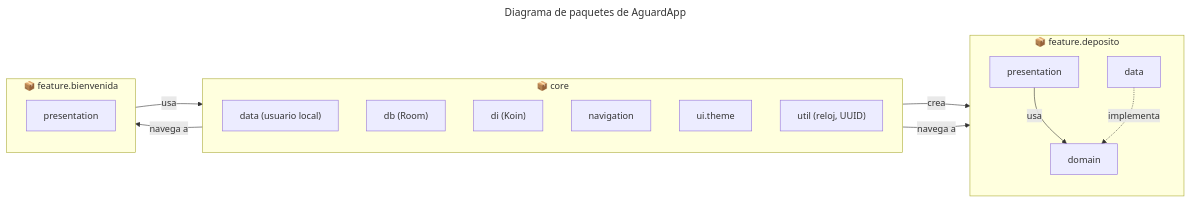
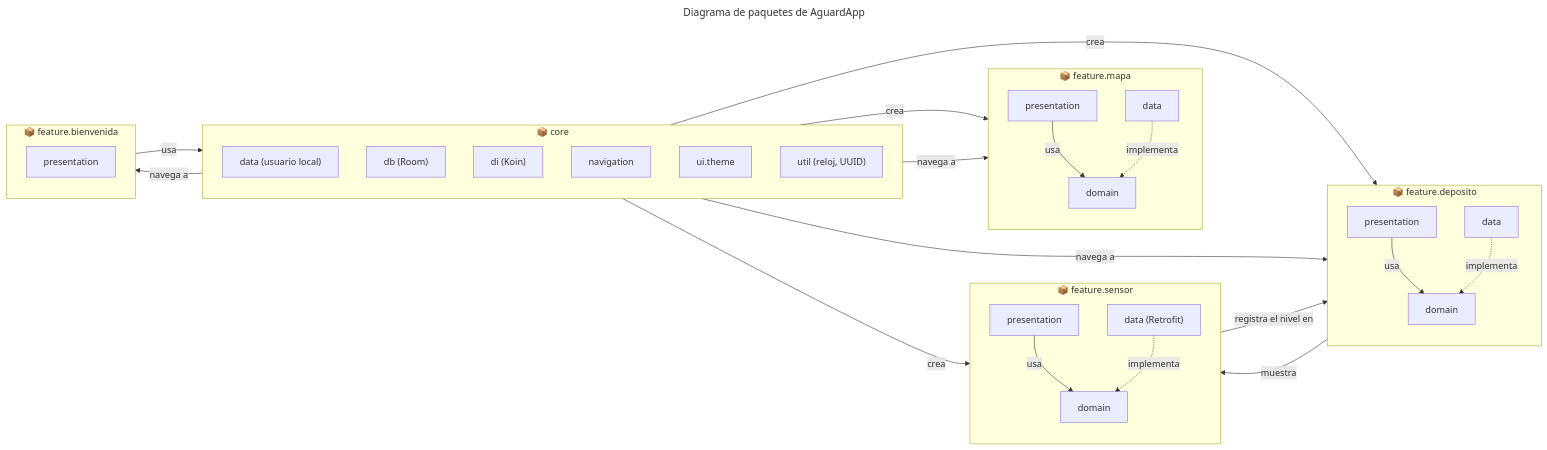
One commit to Cristhian465/Aguarda changed the fourth of 9 diagrams in informes/FD03-SRS.md. Above: the diagram before and after it, drawn with Mermaid. The commit also changed other lines of this file and 5 other files, not shown here.

````diff
--- a/informes/FD03-SRS.md
+++ b/informes/FD03-SRS.md
@@ -230,30 +236,49 @@
 ```mermaid
 ---
 title: Diagrama de paquetes de AguardApp
 ---
 flowchart LR
     subgraph CORE["📦 core"]
         direction TB
         C1["data (usuario local)"]
         C2["db (Room)"]
         C3["di (Koin)"]
         C4["navigation"]
         C5["ui.theme"]
         C6["util (reloj, UUID)"]
     end
     subgraph BIEN["📦 feature.bienvenida"]
         B1["presentation"]
     end
     subgraph DEP["📦 feature.deposito"]
         direction TB
         P1["presentation"]
         D1["domain"]
         DA1["data"]
     end
+    subgraph MAPA["📦 feature.mapa"]
+        direction TB
+        P2["presentation"]
+        D2["domain"]
+        DA2["data"]
+    end
+    subgraph SEN["📦 feature.sensor"]
+        direction TB
+        P3["presentation"]
+        D3["domain"]
+        DA3["data (Retrofit)"]
+    end
     BIEN -- usa --> CORE
     P1 -- usa --> D1
     DA1 -. implementa .-> D1
-    CORE -- crea --> DA1
+    P2 -- usa --> D2
+    DA2 -. implementa .-> D2
+    P3 -- usa --> D3
+    DA3 -. implementa .-> D3
+    P1 -- muestra --> P3
+    P3 -- registra el nivel en --> D1
+    CORE -- crea --> DA1 & DA2 & DA3
     CORE -- navega a --> P1
+    CORE -- navega a --> P2
     CORE -- navega a --> BIEN
 ```
````
